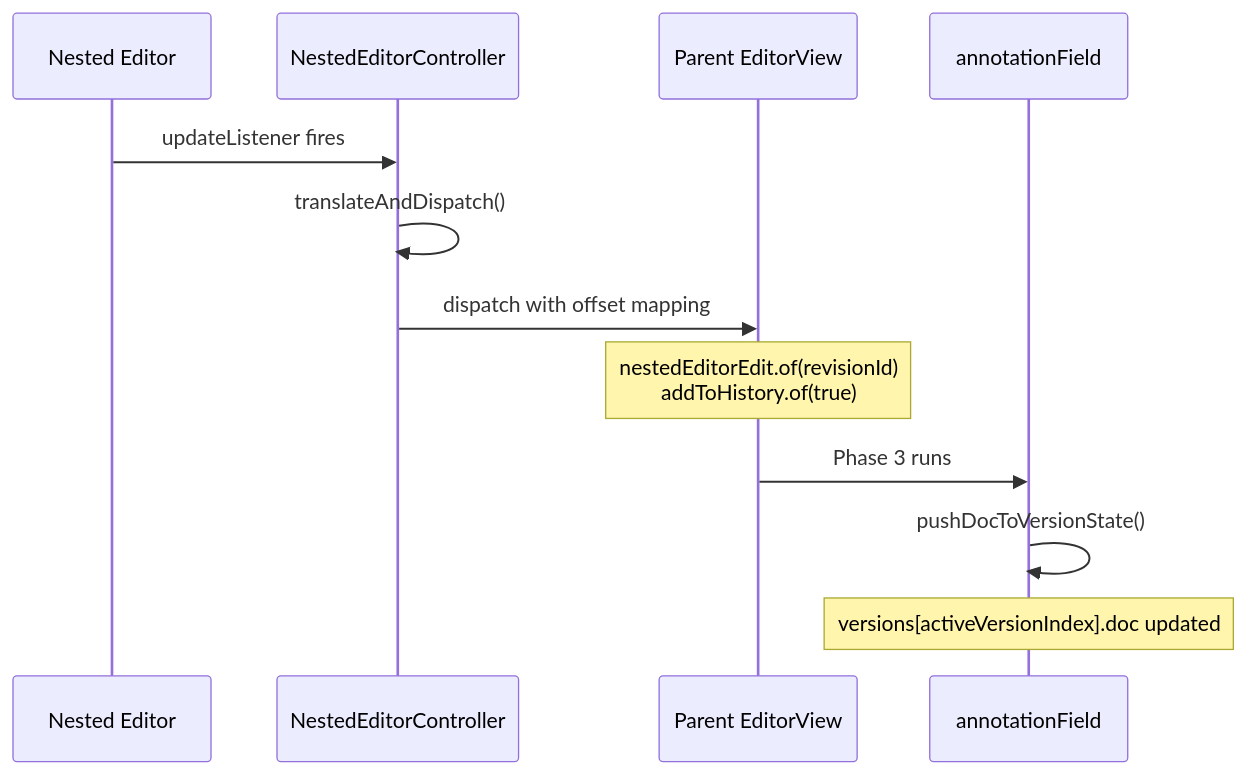
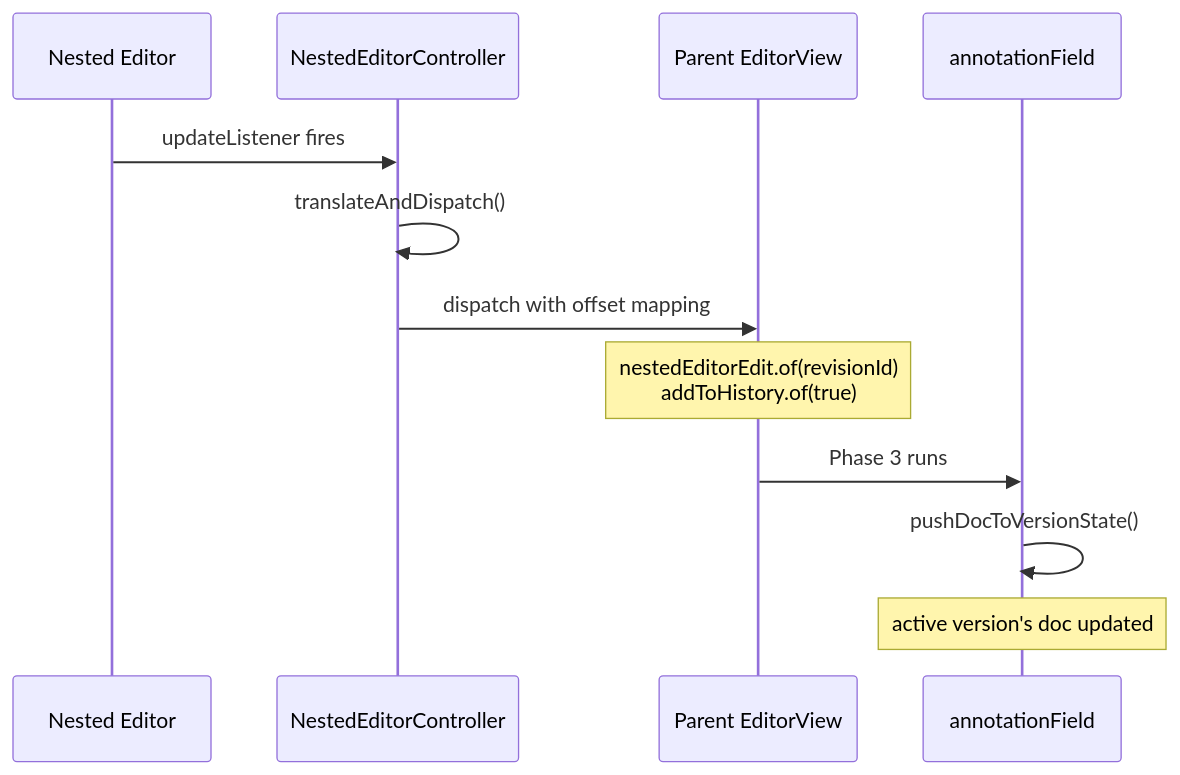
One commit to ThatXliner/Quillium changed the first of 2 diagrams in docs/nested-editors.md. Above: the diagram before and after it, drawn with Mermaid. The commit also changed other lines of this file and 4 other files, not shown here.

````diff
--- a/docs/nested-editors.md
+++ b/docs/nested-editors.md
@@ -9,15 +9,15 @@
 ```mermaid
 sequenceDiagram
     participant Nested as Nested Editor
     participant Controller as NestedEditorController
     participant Parent as Parent EditorView
     participant Field as annotationField
 
     Nested->>Controller: updateListener fires
     Controller->>Controller: translateAndDispatch()
     Controller->>Parent: dispatch with offset mapping
     Note over Parent: nestedEditorEdit.of(revisionId)<br/>addToHistory.of(true)
     Parent->>Field: Phase 3 runs
     Field->>Field: pushDocToVersionState()
-    Note over Field: versions[activeVersionIndex].doc updated
+    Note over Field: active version's doc updated
 ```
````
